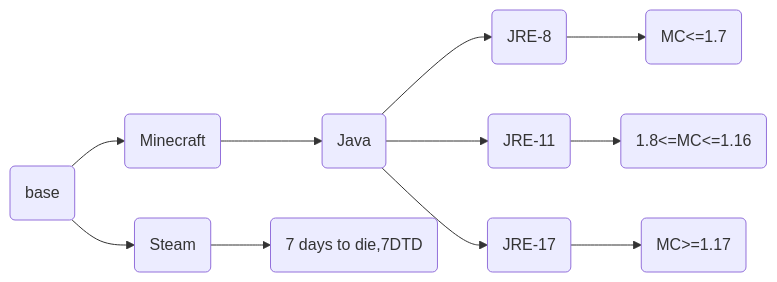
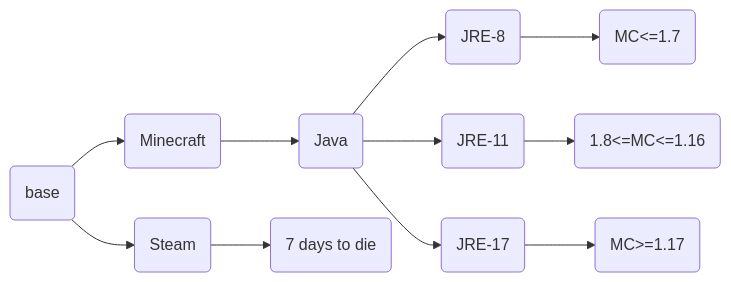
One commit to ben0i0d/gameserver-image-stacks changed the diagram in README.md. Above: the diagram before and after it, drawn with Mermaid. The commit also changed 1 other file, not shown here.

Commit message:
更新 README.md, 7dtd/Dockerfile

````diff
--- a/README.md
+++ b/README.md
@@ -12,9 +12,9 @@
 ```mermaid
 	graph LR
 	A(base)-->B(Minecraft)
 	B-->C(Java)
 	C-->D(JRE-8)-->G(MC<=1.7)
 	C-->E(JRE-11)-->H(1.8<=MC<=1.16)
     C-->F(JRE-17)-->I(MC>=1.17)
-    A-->J(Steam)-->K(7 days to die,7DTD)
+    A-->J(Steam)-->K(7 days to die)
 ```
````
